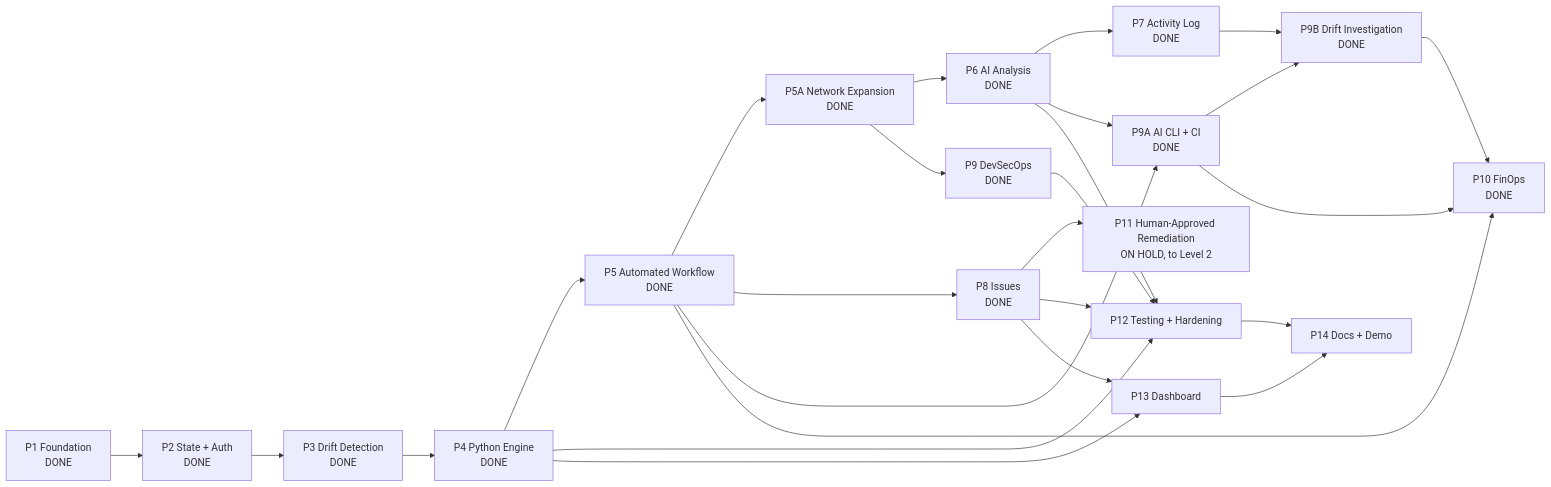
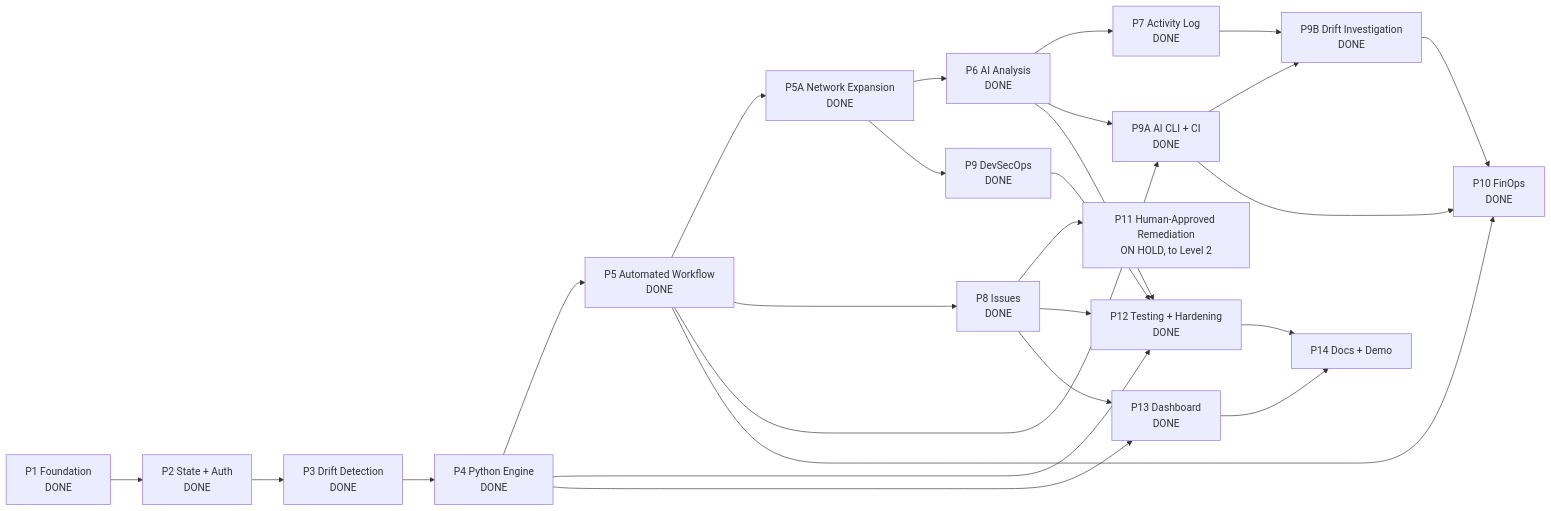
Before and after one commit to HarshAgarwal1102/ai-terraform-drift-detector: the fourth of 11 diagrams in docs/MASTER_PROJECT_GUIDE.md, drawn with Mermaid. The commit also changed other lines of this file and 4 other files, not shown here.

````diff
--- a/docs/MASTER_PROJECT_GUIDE.md
+++ b/docs/MASTER_PROJECT_GUIDE.md
@@ -421,28 +423,28 @@
 ```mermaid
 flowchart LR
     P1["P1 Foundation<br/>DONE"] --> P2["P2 State + Auth<br/>DONE"]
     P2 --> P3["P3 Drift Detection<br/>DONE"]
     P3 --> P4["P4 Python Engine<br/>DONE"]
     P4 --> P5["P5 Automated Workflow<br/>DONE"]
     P5 --> P5A["P5A Network Expansion<br/>DONE"]
     P5A --> P6["P6 AI Analysis<br/>DONE"]
     P6 --> P7["P7 Activity Log<br/>DONE"]
     P5 --> P8["P8 Issues<br/>DONE"]
     P5A --> P9["P9 DevSecOps<br/>DONE"]
     P6 --> P9A["P9A AI CLI + CI<br/>DONE"]
     P5 --> P9A
     P7 --> P9B["P9B Drift Investigation<br/>DONE"]
     P9A --> P9B
     P5 --> P10["P10 FinOps<br/>DONE"]
     P9A --> P10
     P9B --> P10
     P8 --> P11["P11 Human-Approved Remediation<br/>ON HOLD, to Level 2"]
-    P4 --> P12["P12 Testing + Hardening"]
+    P4 --> P12["P12 Testing + Hardening<br/>DONE"]
     P6 --> P12
     P8 --> P12
     P9 --> P12
-    P4 --> P13["P13 Dashboard"]
+    P4 --> P13["P13 Dashboard<br/>DONE"]
     P8 --> P13
     P12 --> P14["P14 Docs + Demo"]
     P13 --> P14
 ```
````
